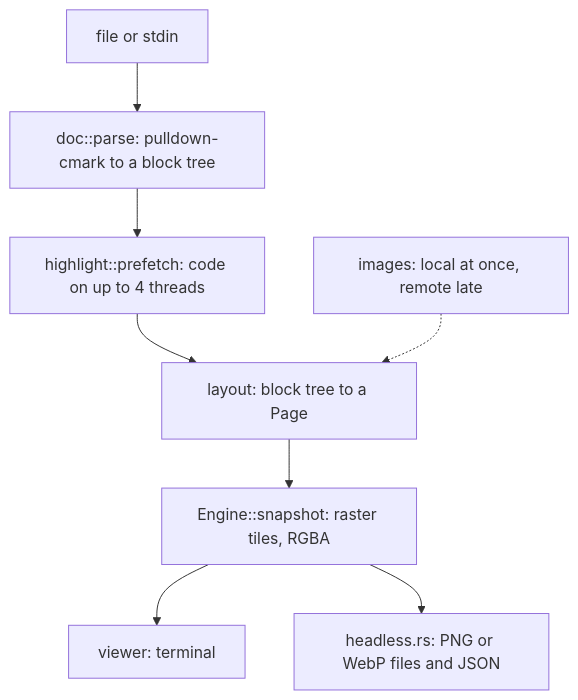
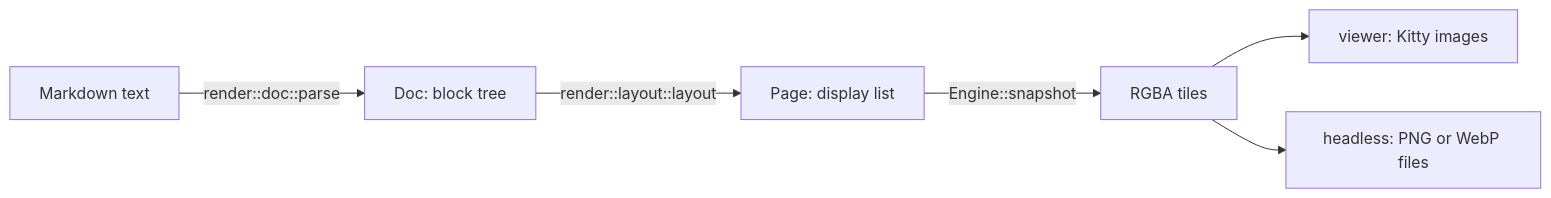
One commit to qu8n/mddog changed the diagram in ARCHITECTURE.md. Above: the diagram before and after it, drawn with Mermaid. The commit also changed other lines of this file and 40 other files, not shown here.

````diff
--- a/ARCHITECTURE.md
+++ b/ARCHITECTURE.md
@@ -84,10 +19,8 @@
 ```mermaid
-flowchart TD
-  A["file or stdin"] --> B["doc::parse: pulldown-cmark to a block tree"]
-  B --> C["highlight::prefetch: code on up to 4 threads"]
-  C --> D["layout: block tree to a Page"]
-  D --> E["Engine::snapshot: raster tiles, RGBA"]
-  E --> F["viewer: terminal"]
-  E --> G["headless.rs: PNG or WebP files and JSON"]
-  H["images: local at once, remote late"] -.-> D
+flowchart LR
+  A["Markdown text"] -- "render::doc::parse" --> B["Doc: block tree"]
+  B -- "render::layout::layout" --> C["Page: display list"]
+  C -- "Engine::snapshot" --> D["RGBA tiles"]
+  D --> E["viewer: Kitty images"]
+  D --> F["headless: PNG or WebP files"]
 ```
````
